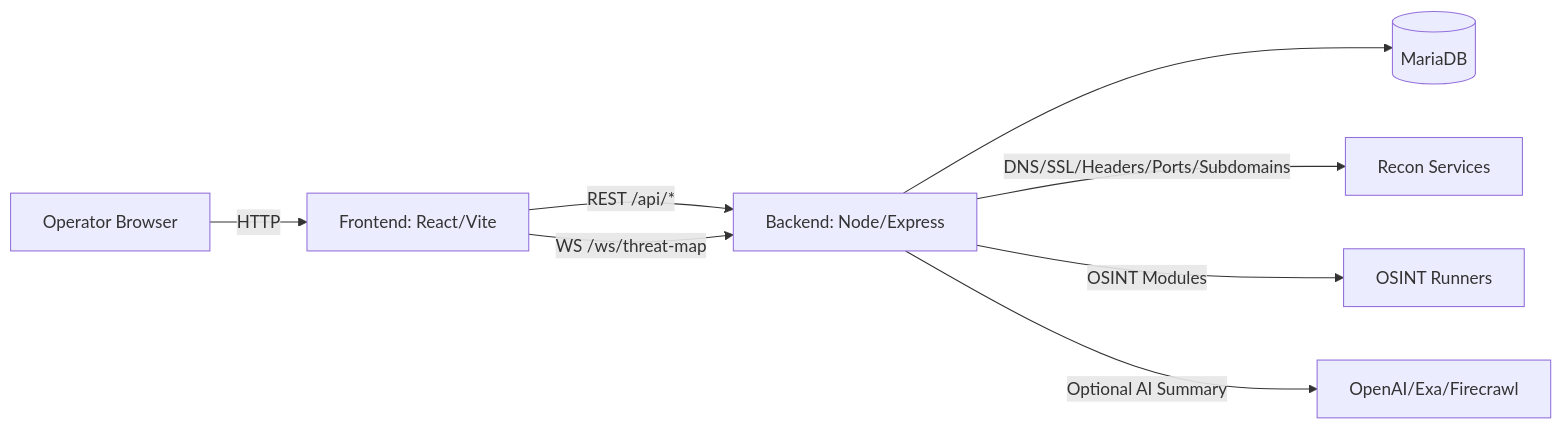
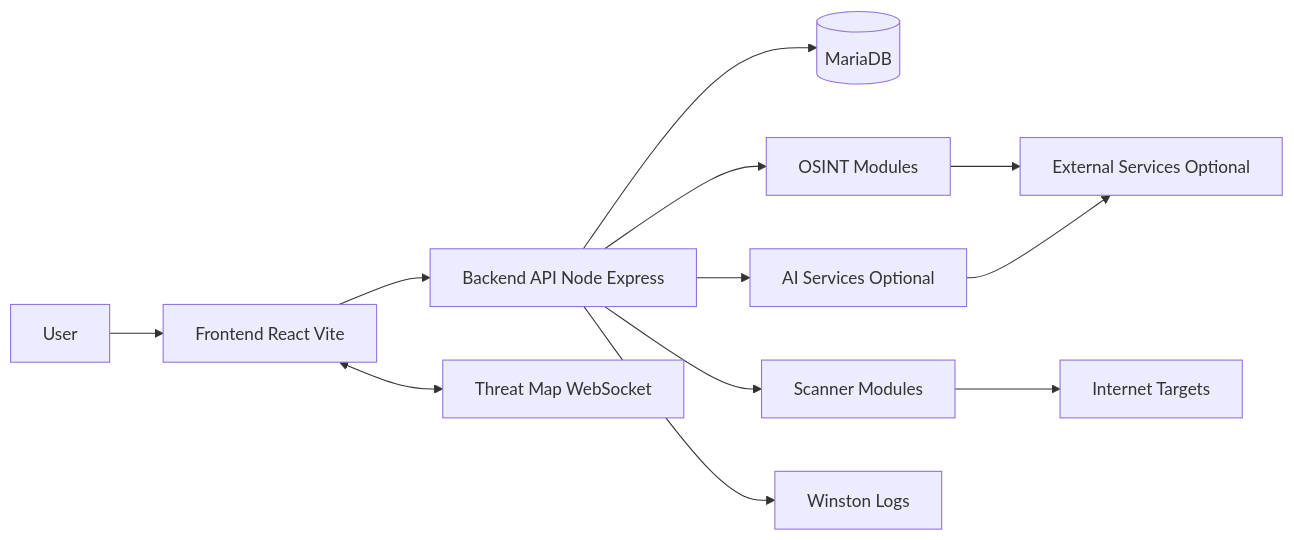
The diagram in HACKATHON_DOCUMENTATION.md (MariaDB-Hackathon-MY-2026/lekirrax-osint-intelligence), drawn with Mermaid before and after one commit. The commit also changed other lines of this file, not shown here.

Commit message:
docs: enhance HACKATHON_DOCUMENTATION.md with improved project overview, problem statement, and architecture details

````diff
--- a/HACKATHON_DOCUMENTATION.md
+++ b/HACKATHON_DOCUMENTATION.md
@@ -43,12 +46,14 @@
 ```mermaid
-flowchart LR
-  U[Operator Browser] -->|HTTP| FE[Frontend: React/Vite]
-  FE -->|REST /api/*| BE[Backend: Node/Express]
-  FE -->|WS /ws/threat-map| BE
-
-  BE --> DB[(MariaDB)]
-
-  BE -->|DNS/SSL/Headers/Ports/Subdomains| NET[Recon Services]
-  BE -->|OSINT Modules| OSINT[OSINT Runners]
-  BE -->|Optional AI Summary| AI[OpenAI/Exa/Firecrawl]
+graph LR
+  U[User] --> FE[Frontend React Vite]
+  FE --> API[Backend API Node Express]
+  FE <--> WS[Threat Map WebSocket]
+  API --> DB[(MariaDB)]
+  API --> OSINT[OSINT Modules]
+  API --> SCAN[Scanner Modules]
+  API --> AI[AI Services Optional]
+  OSINT --> EXT[External Services Optional]
+  SCAN --> NET[Internet Targets]
+  AI --> EXT
+  API --> LOGS[Winston Logs]
 ```
````
